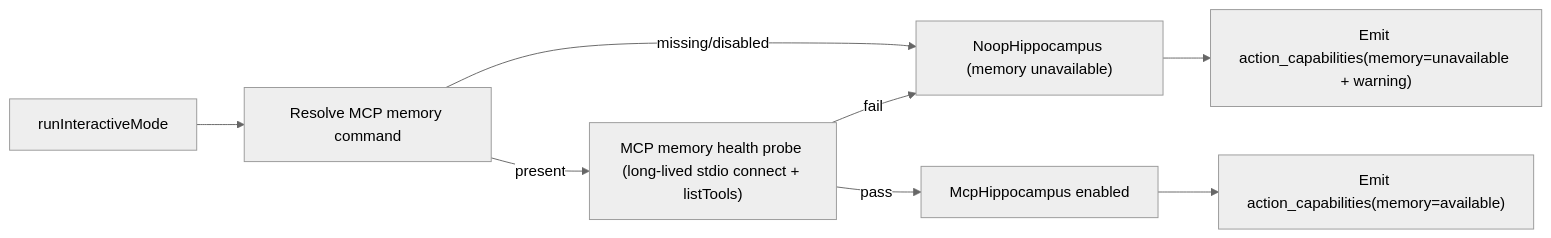
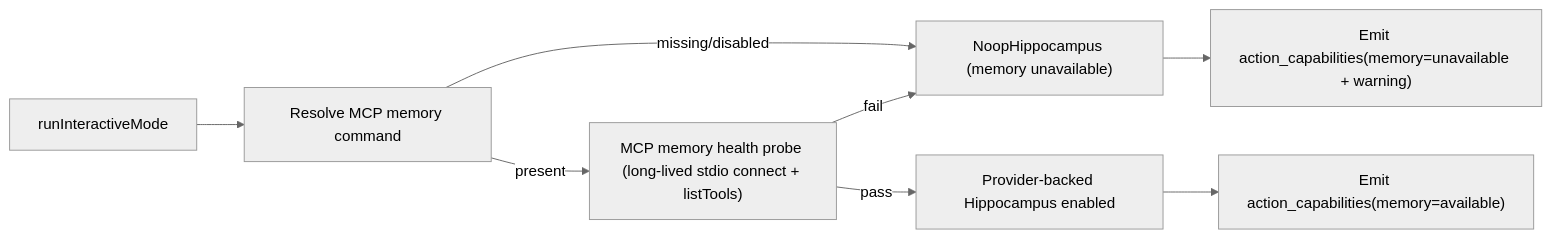
The fourth of 7 diagrams in AGENT_LOGIC_DIAGRAM.md (neopsyke/NeoPsyke), drawn with Mermaid (neutral theme) before and after one commit. The commit also changed 76 other files, not shown here.

First line of the commit message:
refactor(memory): introduce provider-backed pgvector runtime

````diff
--- a/AGENT_LOGIC_DIAGRAM.md
+++ b/AGENT_LOGIC_DIAGRAM.md
@@ -238,10 +238,10 @@
 ```mermaid
 flowchart LR
     A["runInteractiveMode"] --> B["Resolve MCP memory command"]
     B -->|missing/disabled| C["NoopHippocampus (memory unavailable)"]
     B -->|present| D["MCP memory health probe (long-lived stdio connect + listTools)"]
-    D -->|pass| E["McpHippocampus enabled"]
+    D -->|pass| E["Provider-backed Hippocampus enabled"]
     D -->|fail| C
     E --> F["Emit action_capabilities(memory=available)"]
     C --> G["Emit action_capabilities(memory=unavailable + warning)"]
 ```
````
